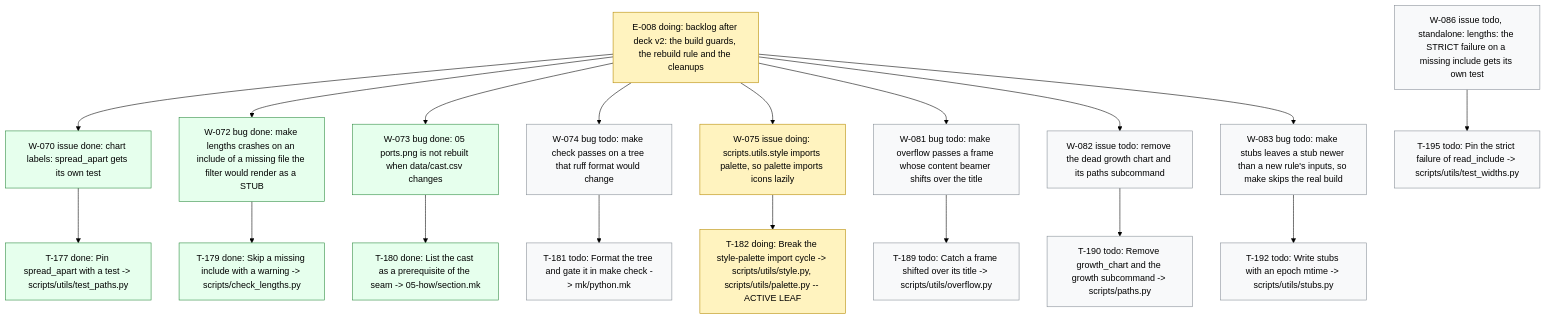
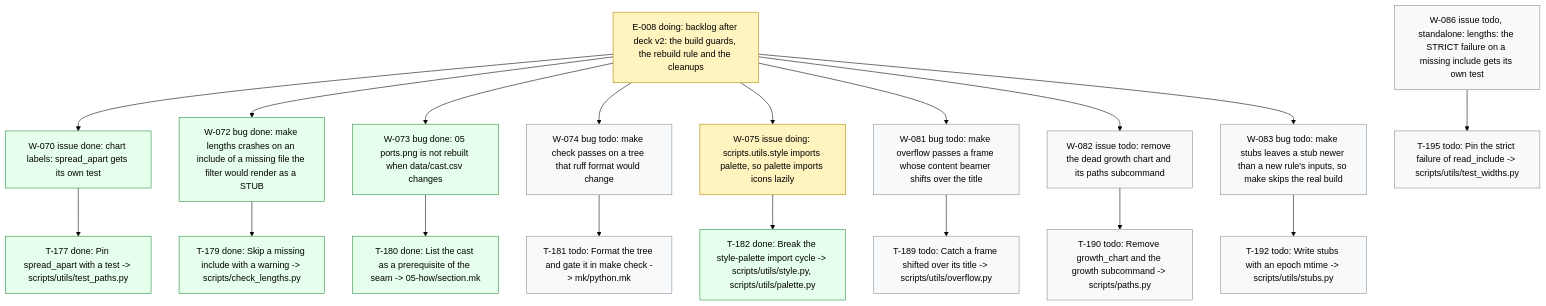
Before and after one commit to dpopchev/chaos-to-simple: the diagram in .board/BOARD.md, drawn with Mermaid (forest theme). The commit also changed other lines of this file and 3 other files, not shown here.

````diff
--- a/.board/BOARD.md
+++ b/.board/BOARD.md
@@ -486,30 +486,30 @@
 ```mermaid
 flowchart TD
   E008["E-008 doing: backlog after deck v2: the build guards, the rebuild rule and the cleanups"]
   E008 --> W070["W-070 issue done: chart labels: spread_apart gets its own test"]
   W070 --> T177["T-177 done: Pin spread_apart with a test -> scripts/utils/test_paths.py"]
   E008 --> W072["W-072 bug done: make lengths crashes on an include of a missing file the filter would render as a STUB"]
   W072 --> T179["T-179 done: Skip a missing include with a warning -> scripts/check_lengths.py"]
   E008 --> W073["W-073 bug done: 05 ports.png is not rebuilt when data/cast.csv changes"]
   W073 --> T180["T-180 done: List the cast as a prerequisite of the seam -> 05-how/section.mk"]
   E008 --> W074["W-074 bug todo: make check passes on a tree that ruff format would change"]
   W074 --> T181["T-181 todo: Format the tree and gate it in make check -> mk/python.mk"]
   E008 --> W075["W-075 issue doing: scripts.utils.style imports palette, so palette imports icons lazily"]
-  W075 --> T182["T-182 doing: Break the style-palette import cycle -> scripts/utils/style.py, scripts/utils/palette.py -- ACTIVE LEAF"]
+  W075 --> T182["T-182 done: Break the style-palette import cycle -> scripts/utils/style.py, scripts/utils/palette.py"]
   E008 --> W081["W-081 bug todo: make overflow passes a frame whose content beamer shifts over the title"]
   W081 --> T189["T-189 todo: Catch a frame shifted over its title -> scripts/utils/overflow.py"]
   E008 --> W082["W-082 issue todo: remove the dead growth chart and its paths subcommand"]
   W082 --> T190["T-190 todo: Remove growth_chart and the growth subcommand -> scripts/paths.py"]
   E008 --> W083["W-083 bug todo: make stubs leaves a stub newer than a new rule's inputs, so make skips the real build"]
   W083 --> T192["T-192 todo: Write stubs with an epoch mtime -> scripts/utils/stubs.py"]
   W086["W-086 issue todo, standalone: lengths: the STRICT failure on a missing include gets its own test"]
   W086 --> T195["T-195 todo: Pin the strict failure of read_include -> scripts/utils/test_widths.py"]
   classDef doing fill:#fff3bf,stroke:#b58900,color:#000;
   classDef blocked fill:#ffe3e3,stroke:#c92a2a,color:#000;
   classDef done fill:#e6ffed,stroke:#2b8a3e,color:#000;
   classDef todo fill:#f8f9fa,stroke:#868e96,color:#000;
   classDef pruned fill:#f1f3f5,stroke:#adb5bd,color:#000;
-  class E008,W075,T182 doing
-  class W070,T177,W072,T179,W073,T180 done
+  class E008,W075 doing
+  class W070,T177,W072,T179,W073,T180,T182 done
   class W074,T181,W081,T189,W082,T190,W083,T192,W086,T195 todo
 ```
````
